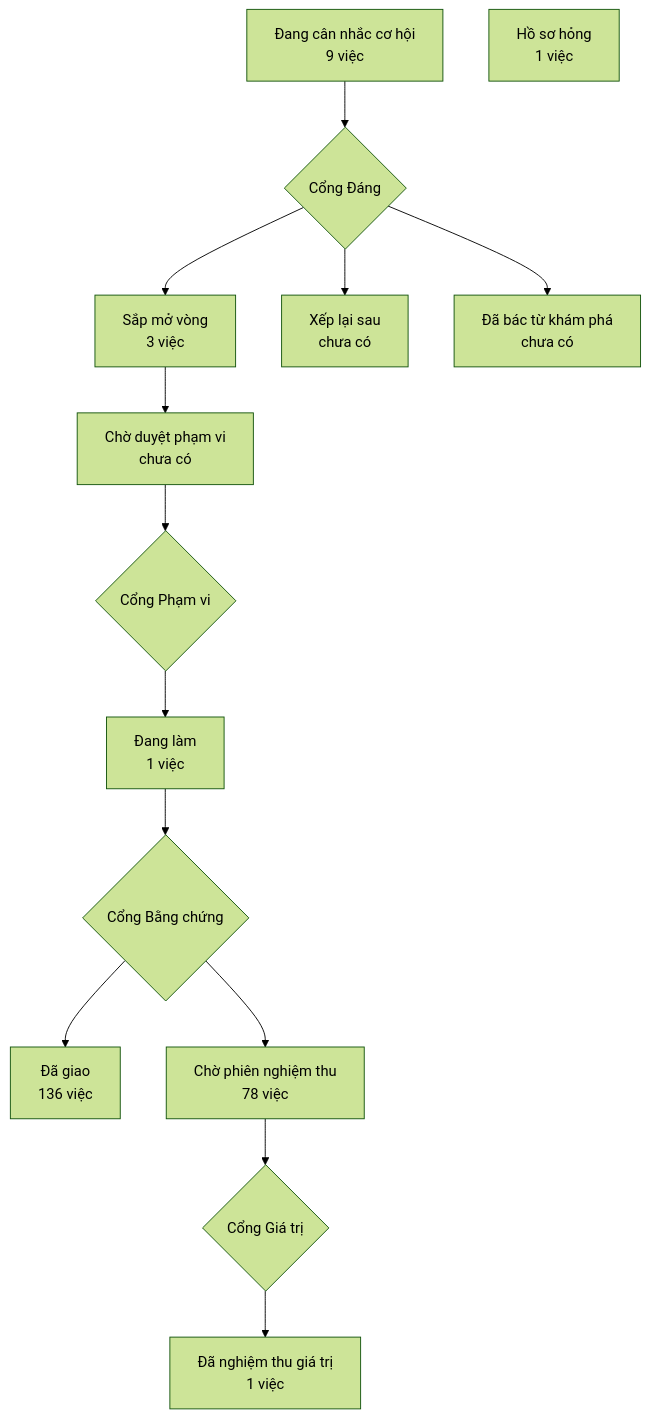
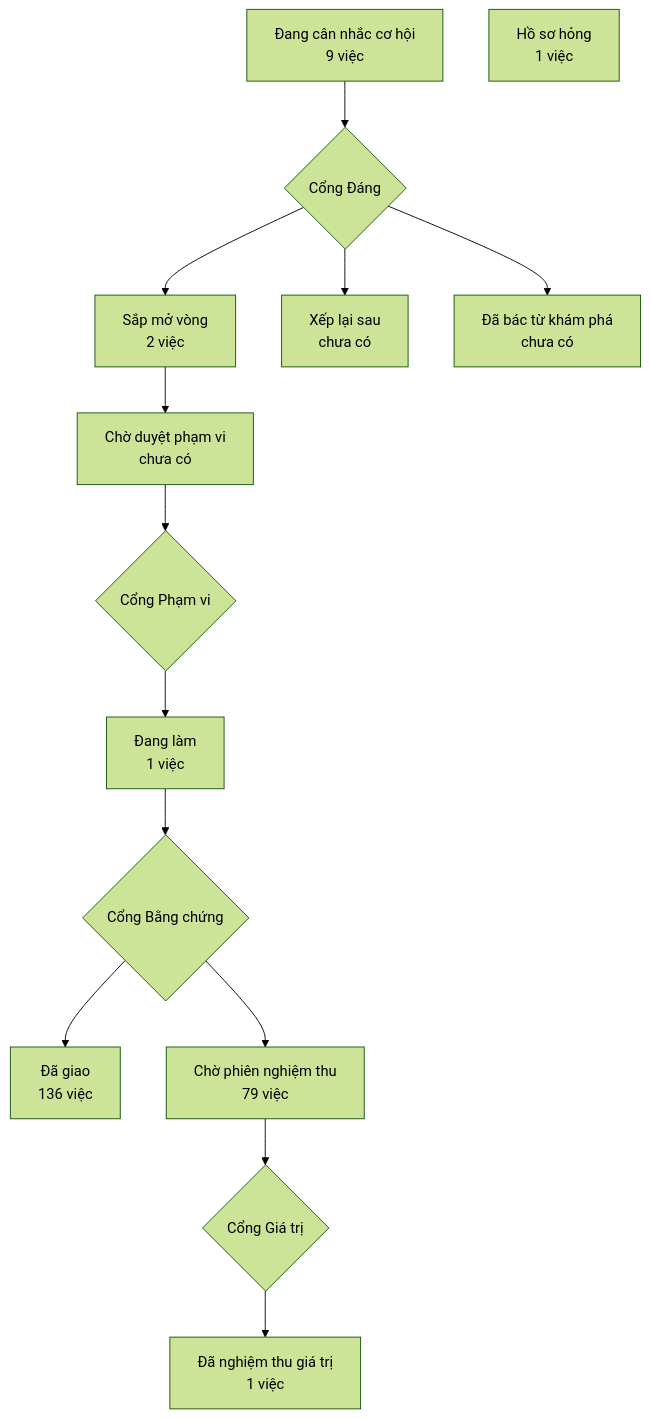
The diagram in PRODUCT-MAP.md (phanlemanh/crm-onehub), drawn with Mermaid (forest theme) before and after one commit. The commit also changed other lines of this file and 1 other file, not shown here.

Commit message:
docs(eval-model-that-dung-luc): ve lai ban do san pham

````diff
--- a/PRODUCT-MAP.md
+++ b/PRODUCT-MAP.md
@@ -7,13 +7,13 @@
 ```mermaid
 flowchart TD
   A["Đang cân nhắc cơ hội<br/>9 việc"] --> GD{"Cổng Đáng"}
-  GD --> B["Sắp mở vòng<br/>3 việc"]
+  GD --> B["Sắp mở vòng<br/>2 việc"]
   GD --> XL["Xếp lại sau<br/>chưa có"]
   GD --> DB["Đã bác từ khám phá<br/>chưa có"]
   B --> CD["Chờ duyệt phạm vi<br/>chưa có"] --> GP{"Cổng Phạm vi"}
   GP --> DL["Đang làm<br/>1 việc"] --> GB{"Cổng Bằng chứng"}
   GB --> DG["Đã giao<br/>136 việc"]
-  GB --> CN["Chờ phiên nghiệm thu<br/>78 việc"] --> GG{"Cổng Giá trị"}
+  GB --> CN["Chờ phiên nghiệm thu<br/>79 việc"] --> GG{"Cổng Giá trị"}
   GG --> NT["Đã nghiệm thu giá trị<br/>1 việc"]
   HS["Hồ sơ hỏng<br/>1 việc"]
 ```
````
